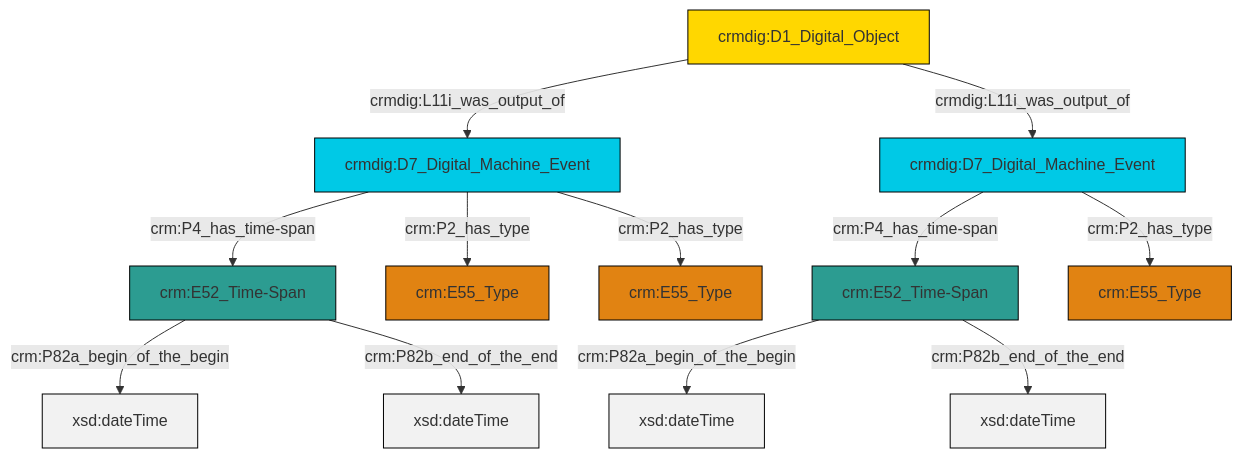
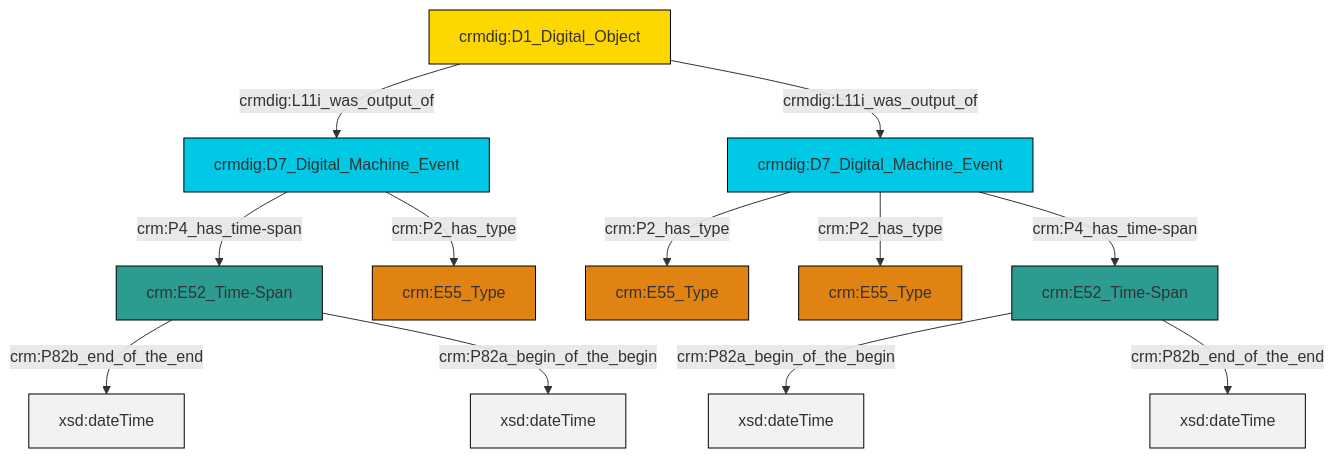
The diagram in et/doCSV/ttl/mmd/do_existence.ttl.mmd (swiss-art-research-net/reference-data-models), drawn with Mermaid before and after one commit. The commit also changed 131 other files, not shown here.

```diff
--- a/et/doCSV/ttl/mmd/do_existence.ttl.mmd
+++ b/et/doCSV/ttl/mmd/do_existence.ttl.mmd
@@ -1,26 +1,26 @@
 graph TD
 classDef Literal fill:#f2f2f2,stroke:#000000;
 classDef CRM_Entity fill:#FFFFFF,stroke:#000000;
 classDef Temporal_Entity fill:#00C9E6, stroke:#000000;
 classDef Type fill:#E18312, stroke:#000000;
 classDef Time-Span fill:#2C9C91, stroke:#000000;
 classDef Appellation fill:#FFEB7F, stroke:#000000;
 classDef Place fill:#008836, stroke:#000000;
 classDef Persistent_Item fill:#B266B2, stroke:#000000;
 classDef Conceptual_Object fill:#FFD700, stroke:#000000;
 classDef Physical_Thing fill:#D2B48C, stroke:#000000;
 classDef Actor fill:#f58aad, stroke:#000000;
 classDef PC_Classes fill:#4ce600, stroke:#000000;
 classDef Multi fill:#cccccc,stroke:#000000;
 
-0["crmdig:D1_Digital_Object"]:::Conceptual_Object -->|crmdig:L11i_was_output_of| 1["crmdig:D7_Digital_Machine_Event"]:::Temporal_Entity
-2["crm:E52_Time-Span"]:::Time-Span -->|crm:P82a_begin_of_the_begin| 3[xsd:dateTime]:::Literal
-4["crmdig:D7_Digital_Machine_Event"]:::Temporal_Entity -->|crm:P4_has_time-span| 6["crm:E52_Time-Span"]:::Time-Span
-1["crmdig:D7_Digital_Machine_Event"]:::Temporal_Entity -->|crm:P4_has_time-span| 2["crm:E52_Time-Span"]:::Time-Span
-1["crmdig:D7_Digital_Machine_Event"]:::Temporal_Entity -->|crm:P2_has_type| 7["crm:E55_Type"]:::Type
-4["crmdig:D7_Digital_Machine_Event"]:::Temporal_Entity -->|crm:P2_has_type| 12["crm:E55_Type"]:::Type
-6["crm:E52_Time-Span"]:::Time-Span -->|crm:P82a_begin_of_the_begin| 13[xsd:dateTime]:::Literal
-2["crm:E52_Time-Span"]:::Time-Span -->|crm:P82b_end_of_the_end| 14[xsd:dateTime]:::Literal
-1["crmdig:D7_Digital_Machine_Event"]:::Temporal_Entity -->|crm:P2_has_type| 9["crm:E55_Type"]:::Type
-0["crmdig:D1_Digital_Object"]:::Conceptual_Object -->|crmdig:L11i_was_output_of| 4["crmdig:D7_Digital_Machine_Event"]:::Temporal_Entity
-6["crm:E52_Time-Span"]:::Time-Span -->|crm:P82b_end_of_the_end| 21[xsd:dateTime]:::Literal
+0["crmdig:D7_Digital_Machine_Event"]:::Temporal_Entity -->|crm:P2_has_type| 1["crm:E55_Type"]:::Type
+2["crmdig:D7_Digital_Machine_Event"]:::Temporal_Entity -->|crm:P4_has_time-span| 3["crm:E52_Time-Span"]:::Time-Span
+8["crmdig:D1_Digital_Object"]:::Conceptual_Object -->|crmdig:L11i_was_output_of| 2["crmdig:D7_Digital_Machine_Event"]:::Temporal_Entity
+8["crmdig:D1_Digital_Object"]:::Conceptual_Object -->|crmdig:L11i_was_output_of| 0["crmdig:D7_Digital_Machine_Event"]:::Temporal_Entity
+0["crmdig:D7_Digital_Machine_Event"]:::Temporal_Entity -->|crm:P2_has_type| 4["crm:E55_Type"]:::Type
+0["crmdig:D7_Digital_Machine_Event"]:::Temporal_Entity -->|crm:P4_has_time-span| 12["crm:E52_Time-Span"]:::Time-Span
+3["crm:E52_Time-Span"]:::Time-Span -->|crm:P82b_end_of_the_end| 14[xsd:dateTime]:::Literal
+12["crm:E52_Time-Span"]:::Time-Span -->|crm:P82a_begin_of_the_begin| 15[xsd:dateTime]:::Literal
+3["crm:E52_Time-Span"]:::Time-Span -->|crm:P82a_begin_of_the_begin| 17[xsd:dateTime]:::Literal
+12["crm:E52_Time-Span"]:::Time-Span -->|crm:P82b_end_of_the_end| 22[xsd:dateTime]:::Literal
+2["crmdig:D7_Digital_Machine_Event"]:::Temporal_Entity -->|crm:P2_has_type| 6["crm:E55_Type"]:::Type
```
